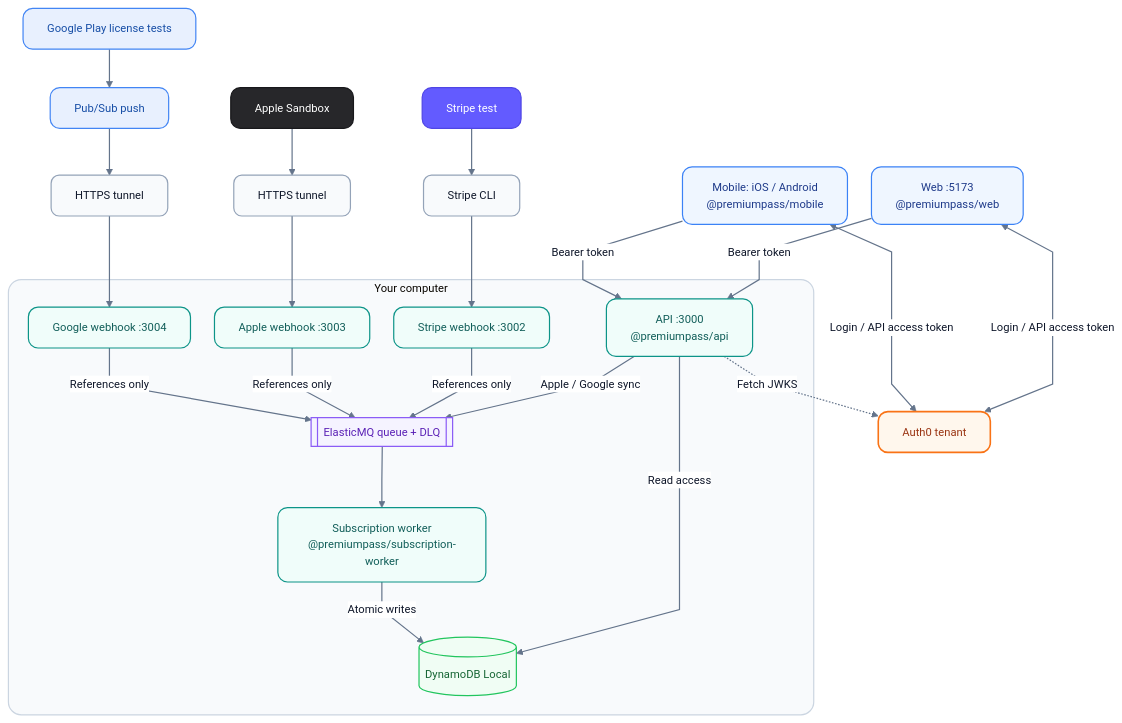
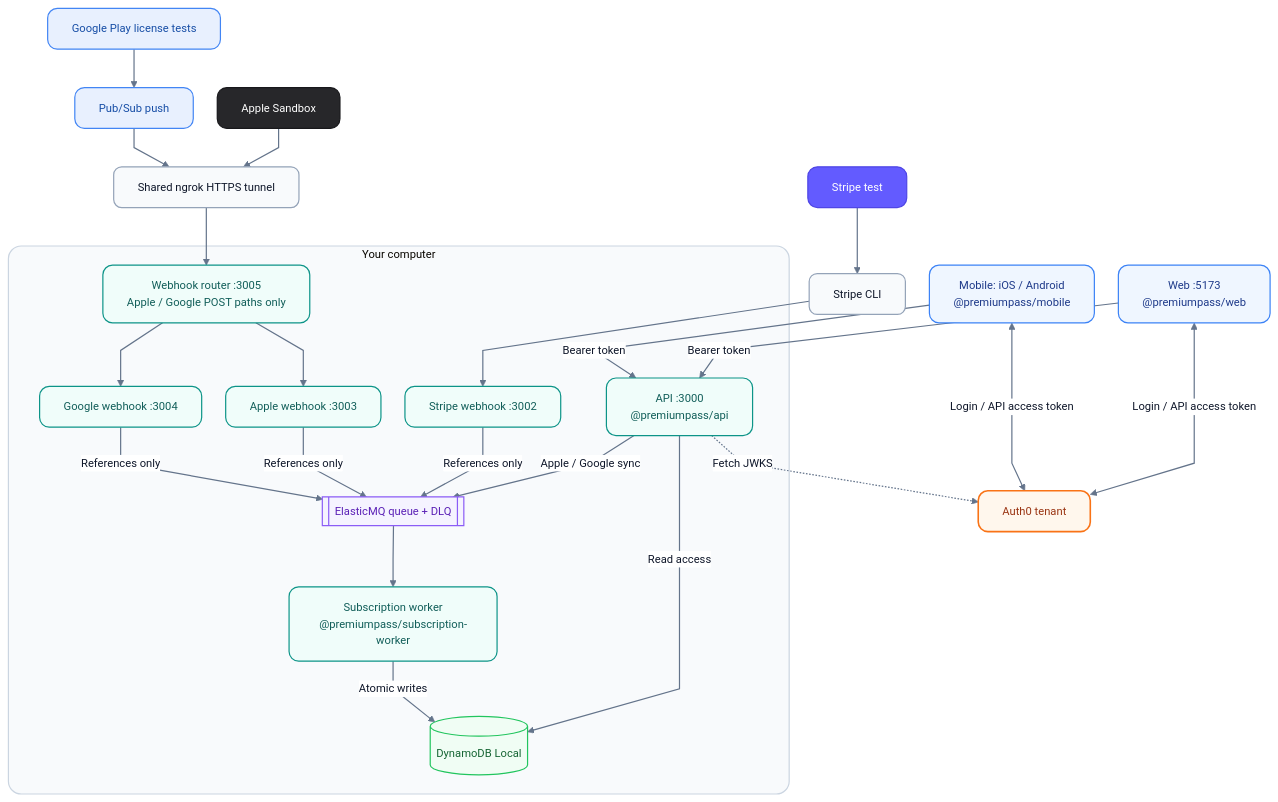
The first of 4 diagrams in docs/ARCHITECTURE.md (phillippbertram/subscription-consolidation-workshop), drawn with Mermaid before and after one commit. The commit also changed other lines of this file and 95 other files, not shown here.

````diff
--- a/docs/ARCHITECTURE.md
+++ b/docs/ARCHITECTURE.md
@@ -58,61 +58,62 @@
 ```mermaid
 ---
 config:
   theme: base
   themeVariables:
     fontFamily: Arial, Helvetica, sans-serif
     fontSize: 14px
     primaryTextColor: '#0f172a'
     lineColor: '#64748b'
     edgeLabelBackground: '#ffffff'
     clusterBkg: '#f8fafc'
     clusterBorder: '#cbd5e1'
   flowchart:
     curve: linear
     nodeSpacing: 30
     rankSpacing: 48
 ---
 flowchart TB
     Web["Web :5173<br/>@premiumpass/web"] <-->|"Login / API access token"| Auth0["Auth0 tenant"]
     Mobile["Mobile: iOS / Android<br/>@premiumpass/mobile"] <-->|"Login / API access token"| Auth0
     Stripe["Stripe test"] --> StripeCLI["Stripe CLI"]
-    Apple["Apple Sandbox"] --> AppleTunnel["HTTPS tunnel"]
-    Google["Google Play license tests"] --> PubSub["Pub/Sub push"] --> GoogleTunnel["HTTPS tunnel"]
+    Apple["Apple Sandbox"] --> StoreTunnel["Shared ngrok HTTPS tunnel"]
+    Google["Google Play license tests"] --> PubSub["Pub/Sub push"] --> StoreTunnel
     subgraph Host["Your computer"]
         API["API :3000<br/>@premiumpass/api"]
         StripeHook["Stripe webhook :3002"]
         AppleHook["Apple webhook :3003"]
         GoogleHook["Google webhook :3004"]
+        WebhookRouter["Webhook router :3005<br/>Apple / Google POST paths only"]
         Queue[["ElasticMQ queue + DLQ"]]
         Worker["Subscription worker<br/>@premiumpass/subscription-worker"]
         DB[("DynamoDB Local")]
         API -->|"Read access"| DB
         API -->|"Apple / Google sync"| Queue
         StripeHook & AppleHook & GoogleHook -->|"References only"| Queue
         Queue --> Worker -->|"Atomic writes"| DB
     end
     Web & Mobile -->|"Bearer token"| API
     API -.->|"Fetch JWKS"| Auth0
     StripeCLI --> StripeHook
-    AppleTunnel --> AppleHook
-    GoogleTunnel --> GoogleHook
+    StoreTunnel --> WebhookRouter
+    WebhookRouter --> AppleHook & GoogleHook
     classDef default fill:#f8fafc,stroke:#94a3b8,color:#0f172a,stroke-width:1.5px,rx:10,ry:10
     classDef client fill:#eff6ff,stroke:#3b82f6,color:#1e3a8a,stroke-width:1.5px,rx:12,ry:12
     classDef identity fill:#fff7ed,stroke:#f97316,color:#9a3412,stroke-width:2px,rx:12,ry:12
     classDef service fill:#f0fdfa,stroke:#0d9488,color:#115e59,stroke-width:1.5px,rx:12,ry:12
     classDef queue fill:#f5f3ff,stroke:#8b5cf6,color:#5b21b6,stroke-width:1.5px,rx:10,ry:10
     classDef data fill:#f0fdf4,stroke:#22c55e,color:#166534,stroke-width:1.5px
     classDef stripe fill:#635bff,stroke:#4f46e5,color:#ffffff,stroke-width:1.5px,rx:12,ry:12
     classDef apple fill:#27272a,stroke:#18181b,color:#ffffff,stroke-width:1.5px,rx:12,ry:12
     classDef google fill:#e8f0fe,stroke:#4285f4,color:#174ea6,stroke-width:1.5px,rx:12,ry:12
     linkStyle default stroke:#64748b,stroke-width:1.5px
     class Web,Mobile client
     class Auth0 identity
-    class API,StripeHook,AppleHook,GoogleHook,Worker service
+    class API,StripeHook,AppleHook,GoogleHook,WebhookRouter,Worker service
     class Queue queue
     class DB data
     class Stripe stripe
     class Apple apple
     class Google,PubSub google
     style Host fill:#f8fafc,stroke:#cbd5e1,stroke-width:1.5px,rx:16,ry:16
 ```
````
